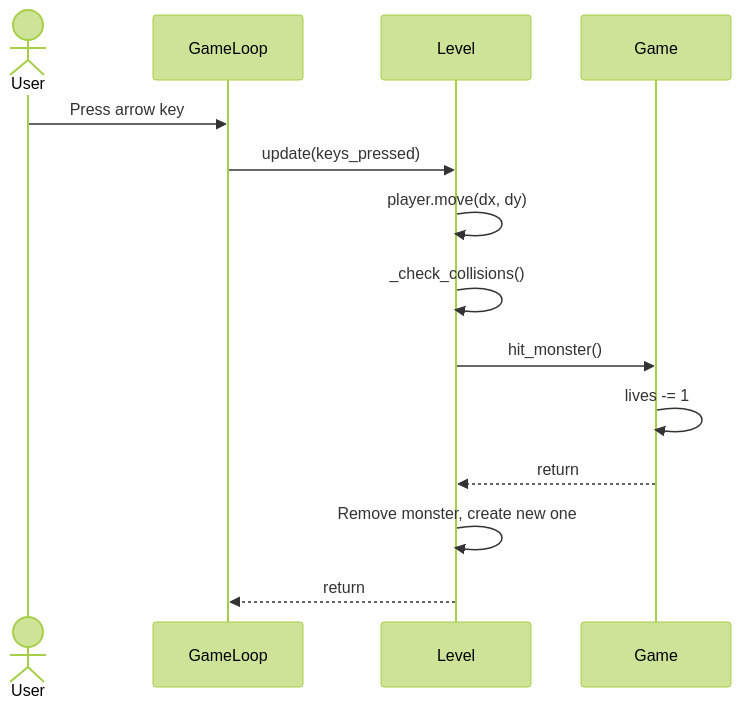
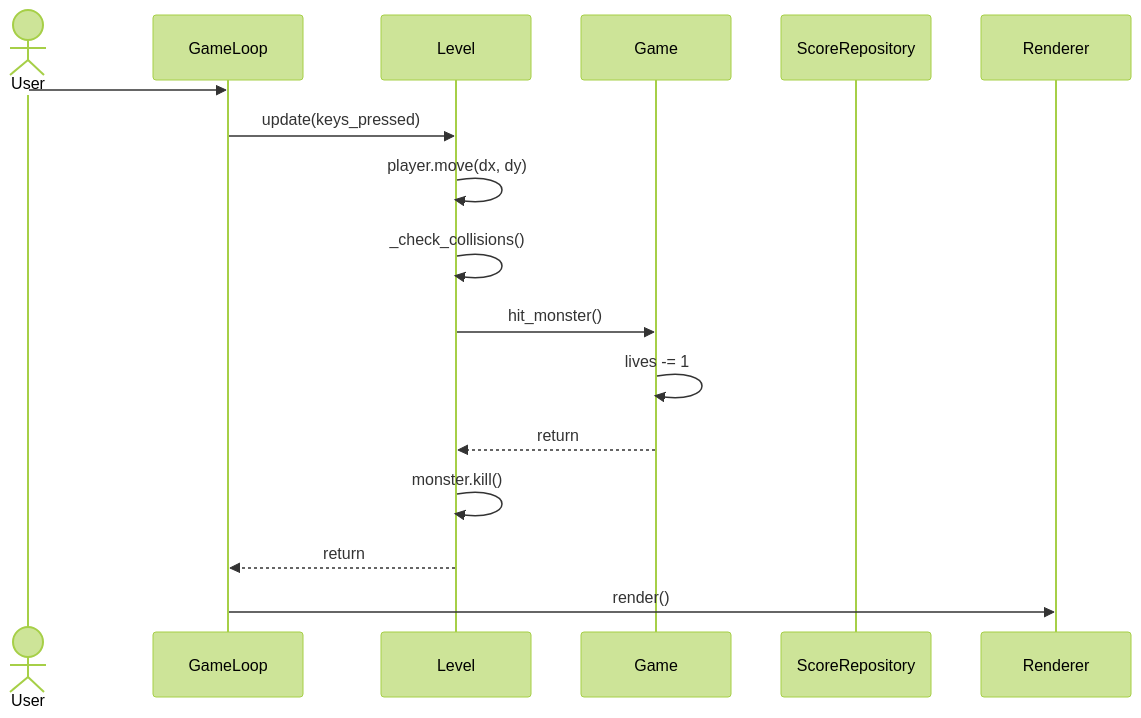
The third of 4 diagrams in coin-collecter-app/dokumentaatio/arkkitehtuuri.md (hodelma/ot-harjoitustyo), drawn with Mermaid (forest theme) before and after one commit. The commit also changed other lines of this file, not shown here.

````diff
--- a/coin-collecter-app/dokumentaatio/arkkitehtuuri.md
+++ b/coin-collecter-app/dokumentaatio/arkkitehtuuri.md
@@ -213,17 +242,19 @@
 ```mermaid
 sequenceDiagram
     actor User
     participant GameLoop
     participant Level
     participant Game
-
-    User->>GameLoop: Press arrow key
+    participant ScoreRepository
+ 
+    User->>GameLoop:
     GameLoop->>Level: update(keys_pressed)
     Level->>Level: player.move(dx, dy)
     Level->>Level: _check_collisions()
     Level->>Game: hit_monster()
     Game->>Game: lives -= 1
     Game-->>Level: return
-    Level->>Level: Remove monster, create new one
+    Level->>Level: monster.kill()
     Level-->>GameLoop: return
+    GameLoop->>Renderer: render()
 ```
````
